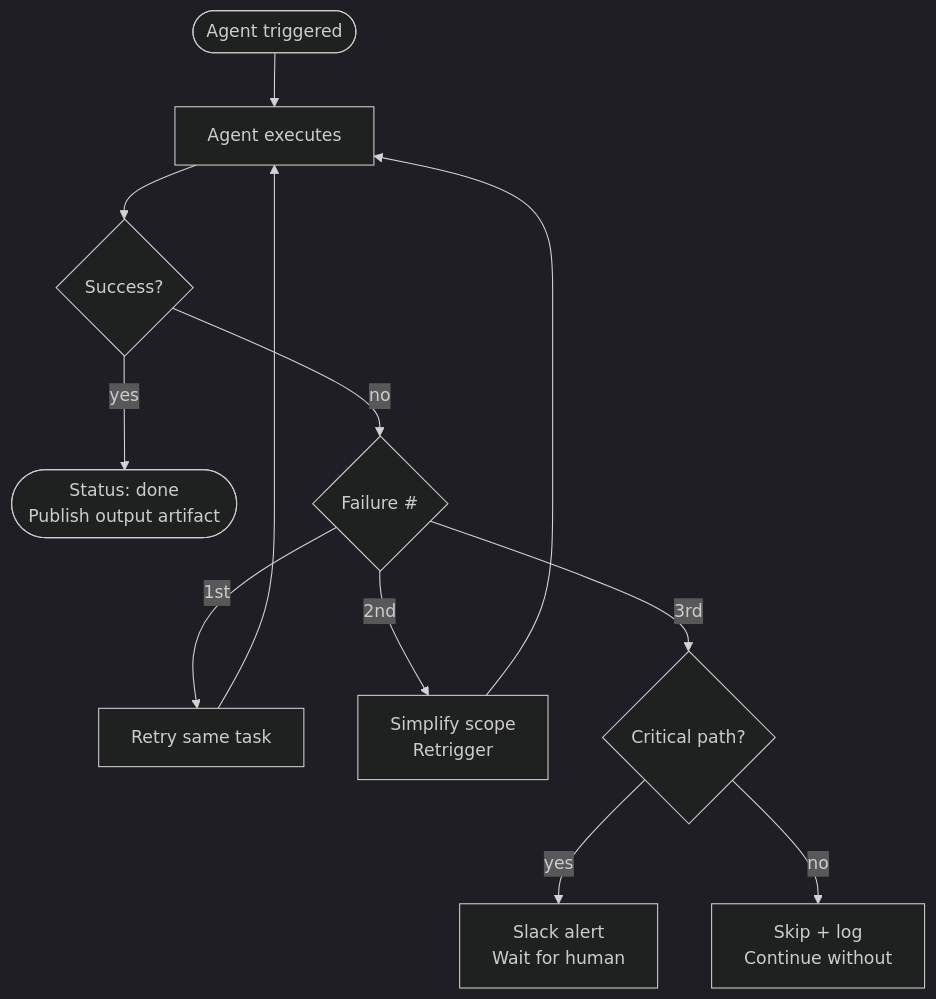
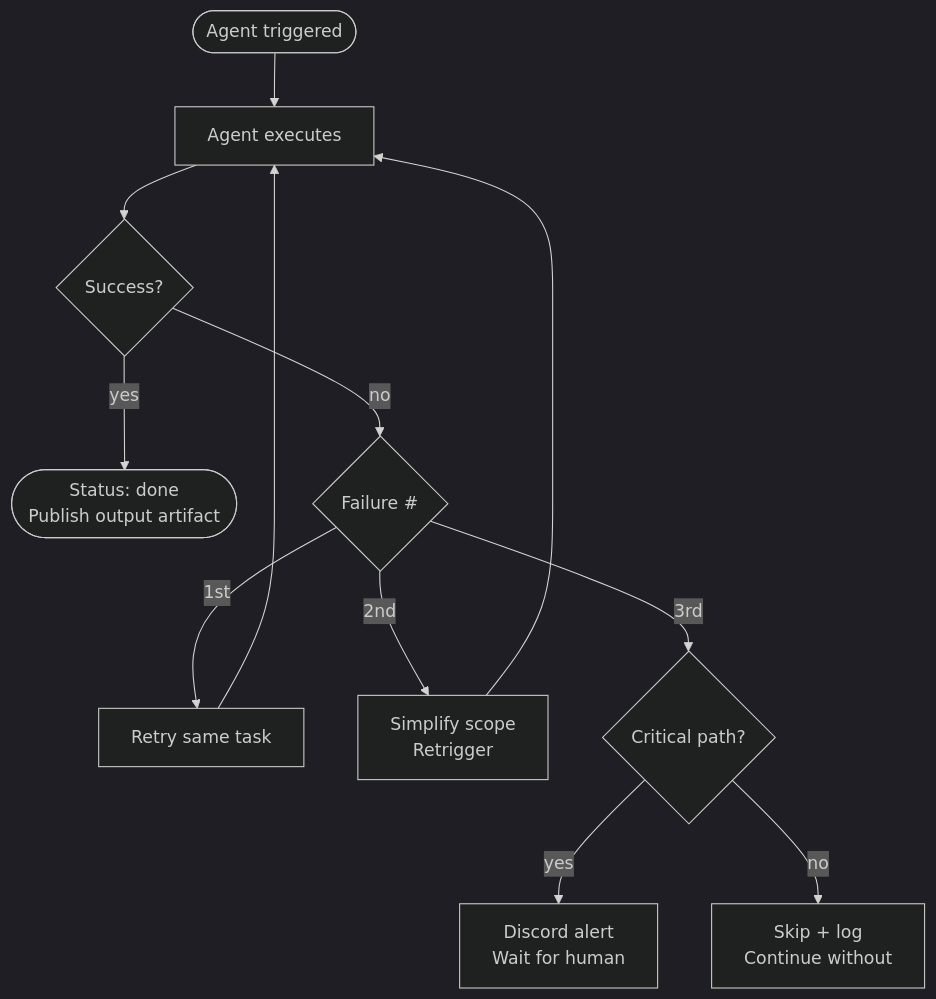
Before and after one commit to snowby666/forge: the second of 2 diagrams in docs/02-agent-roster.md, drawn with Mermaid (dark theme). The commit also changed other lines of this file and 10 other files, not shown here.

````diff
--- a/docs/02-agent-roster.md
+++ b/docs/02-agent-roster.md
@@ -469,14 +469,14 @@
 ```mermaid
 flowchart TD
     START([Agent triggered]) --> RUN[Agent executes]
     RUN --> SUCCESS{Success?}
     SUCCESS -->|yes| DONE([Status: done\nPublish output artifact])
     SUCCESS -->|no| FAIL1{Failure #}
     FAIL1 -->|1st| RETRY[Retry same task]
     FAIL1 -->|2nd| SIMPLIFY[Simplify scope\nRetrigger]
     FAIL1 -->|3rd| CRITICAL{Critical path?}
-    CRITICAL -->|yes| HUMAN[Slack alert\nWait for human]
+    CRITICAL -->|yes| HUMAN[Discord alert\nWait for human]
     CRITICAL -->|no| SKIP[Skip + log\nContinue without]
     RETRY --> RUN
     SIMPLIFY --> RUN
 ```
````
